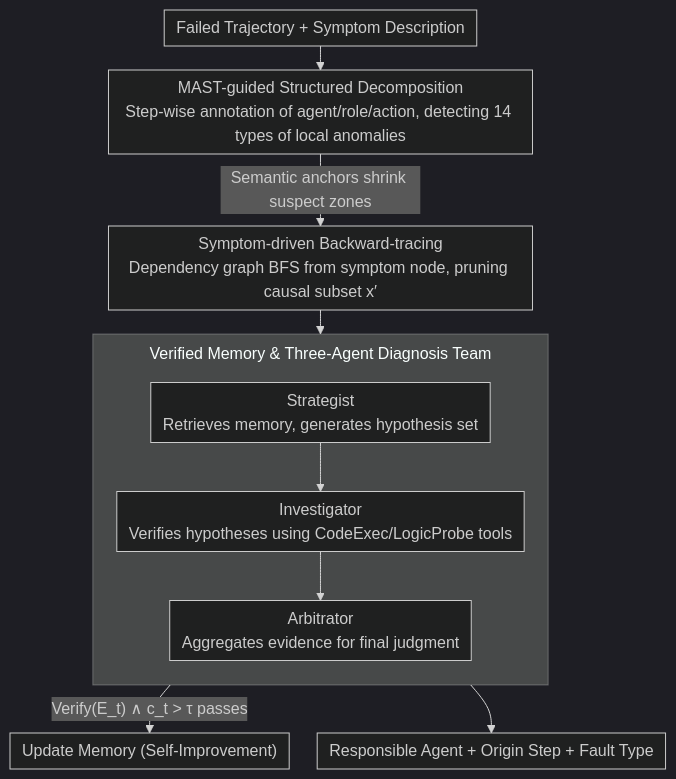
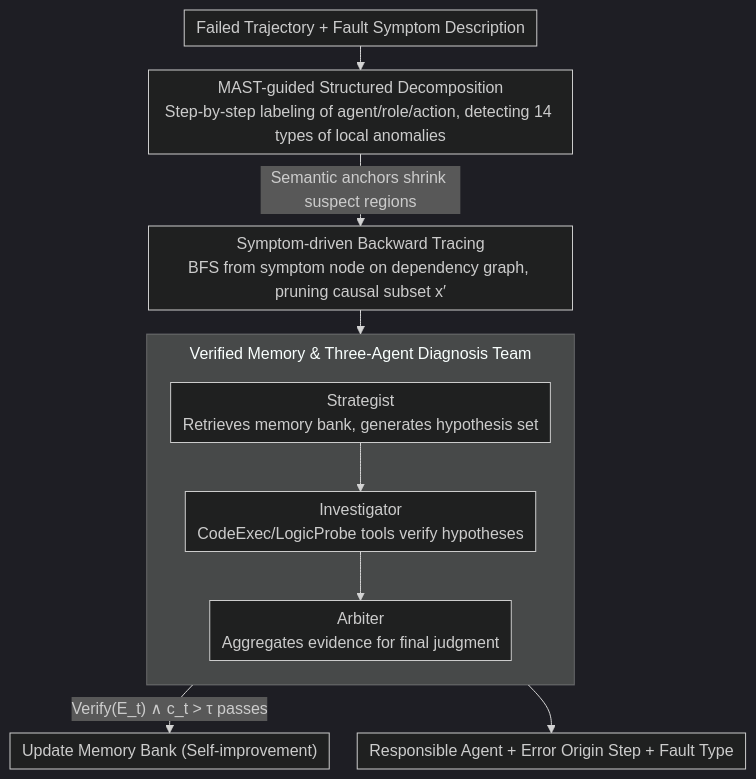
One commit to zhaoyang97/Paper-Notes-en changed the diagram in docs/ACL2026/multi_agent/towards_self-improving_error_diagnosis_in_multi-agent_systems.md. Above: the diagram before and after it, drawn with Mermaid (dark theme). The commit also changed other lines of this file and 5084 other files, not shown here.

````diff
--- a/docs/ACL2026/multi_agent/towards_self-improving_error_diagnosis_in_multi-agent_systems.md
+++ b/docs/ACL2026/multi_agent/towards_self-improving_error_diagnosis_in_multi-agent_systems.md
@@ -44,14 +44,14 @@
 ```mermaid
 %%{init: {'flowchart': {'rankSpacing': 24, 'nodeSpacing': 28, 'padding': 6, 'wrappingWidth': 400, 'subGraphTitleMargin': {'top': 8, 'bottom': 16}}}}%%
 flowchart TD
-    A["Failed Trajectory + Symptom Description"] --> B["MAST-guided Structured Decomposition<br/>Step-wise annotation of agent/role/action, detecting 14 types of local anomalies"]
-    B -->|"Semantic anchors shrink suspect zones"| C["Symptom-driven Backward-tracing<br/>Dependency graph BFS from symptom node, pruning causal subset x′"]
+    A["Failed Trajectory + Fault Symptom Description"] --> B["MAST-guided Structured Decomposition<br/>Step-by-step labeling of agent/role/action, detecting 14 types of local anomalies"]
+    B -->|"Semantic anchors shrink suspect regions"| C["Symptom-driven Backward Tracing<br/>BFS from symptom node on dependency graph, pruning causal subset x′"]
     C --> DIAG
     subgraph DIAG["Verified Memory & Three-Agent Diagnosis Team"]
         direction TB
-        D["Strategist<br/>Retrieves memory, generates hypothesis set"] --> E["Investigator<br/>Verifies hypotheses using CodeExec/LogicProbe tools"]
-        E --> F["Arbitrator<br/>Aggregates evidence for final judgment"]
+        D["Strategist<br/>Retrieves memory bank, generates hypothesis set"] --> E["Investigator<br/>CodeExec/LogicProbe tools verify hypotheses"]
+        E --> F["Arbiter<br/>Aggregates evidence for final judgment"]
     end
-    F -->|"Verify(E_t) ∧ c_t > τ passes"| G["Update Memory (Self-Improvement)"]
-    F --> H["Responsible Agent + Origin Step + Fault Type"]
+    F -->|"Verify(E_t) ∧ c_t > τ passes"| G["Update Memory Bank (Self-improvement)"]
+    F --> H["Responsible Agent + Error Origin Step + Fault Type"]
 ```
````
